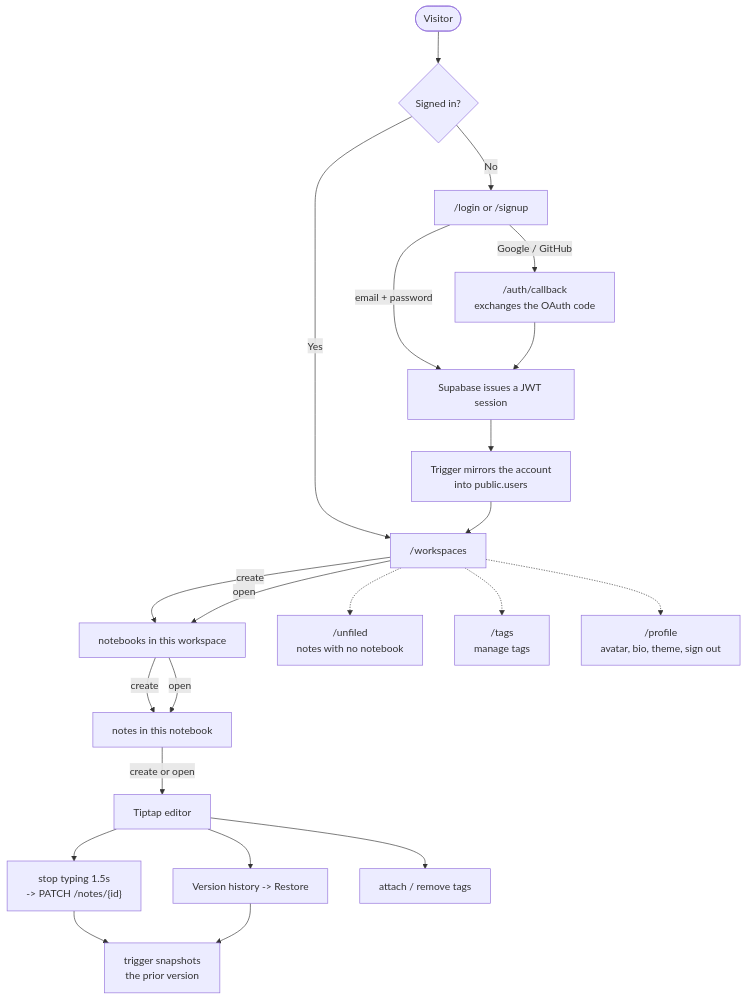
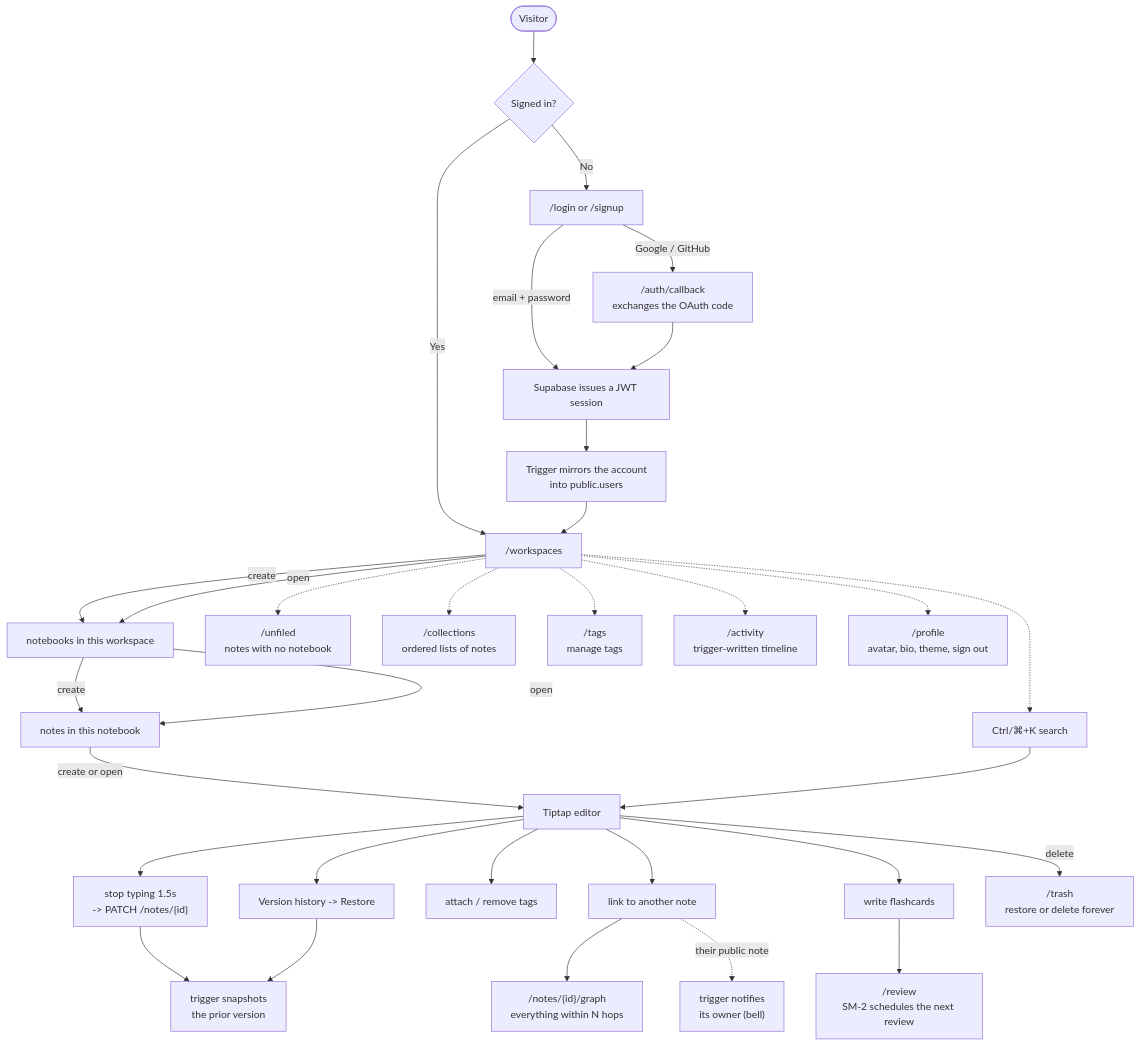
The third of 3 diagrams in README.md (Mahakisore7/Neuro_Vault), drawn with Mermaid before and after one commit. The commit also changed other lines of this file, not shown here.

````diff
--- a/README.md
+++ b/README.md
@@ -282,27 +294,37 @@
 ```mermaid
 flowchart TD
     Start(["Visitor"]) --> HasSession{"Signed in?"}
     HasSession -- No --> AuthChoice["/login or /signup"]
     AuthChoice -- "email + password" --> Session
     AuthChoice -- "Google / GitHub" --> Callback["/auth/callback<br/>exchanges the OAuth code"]
     Callback --> Session["Supabase issues a JWT session"]
     Session --> Sync["Trigger mirrors the account<br/>into public.users"]
     HasSession -- Yes --> Workspaces
     Sync --> Workspaces["/workspaces"]
 
     Workspaces -- "create" --> WsDetail
     Workspaces -- "open" --> WsDetail["notebooks in this workspace"]
     WsDetail -- "create" --> NbDetail
     WsDetail -- "open" --> NbDetail["notes in this notebook"]
     NbDetail -- "create or open" --> Editor["Tiptap editor"]
 
     Editor --> Autosave["stop typing 1.5s<br/>-> PATCH /notes/{id}"]
     Autosave --> Trigger["trigger snapshots<br/>the prior version"]
     Editor --> History["Version history -> Restore"]
     History --> Trigger
     Editor --> Tags["attach / remove tags"]
+    Editor --> Links["link to another note"]
+    Links --> Graph["/notes/{id}/graph<br/>everything within N hops"]
+    Links -. "their public note" .-> Notify["trigger notifies<br/>its owner (bell)"]
+    Editor --> Cards["write flashcards"]
+    Cards --> Review["/review<br/>SM-2 schedules the next review"]
+    Editor -- "delete" --> Trash["/trash<br/>restore or delete forever"]
 
+    Workspaces -.-> Search["Ctrl/⌘+K search"]
+    Search --> Editor
     Workspaces -.-> Unfiled["/unfiled<br/>notes with no notebook"]
+    Workspaces -.-> Collections["/collections<br/>ordered lists of notes"]
     Workspaces -.-> TagsPage["/tags<br/>manage tags"]
+    Workspaces -.-> Activity["/activity<br/>trigger-written timeline"]
     Workspaces -.-> Profile["/profile<br/>avatar, bio, theme, sign out"]
 ```
````
